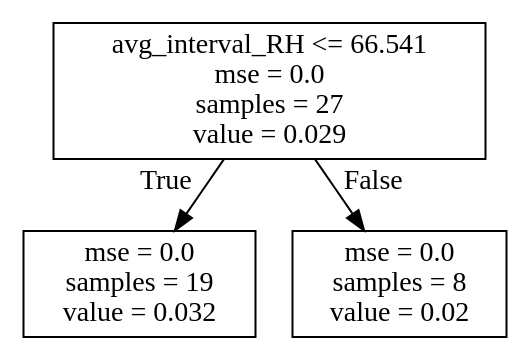
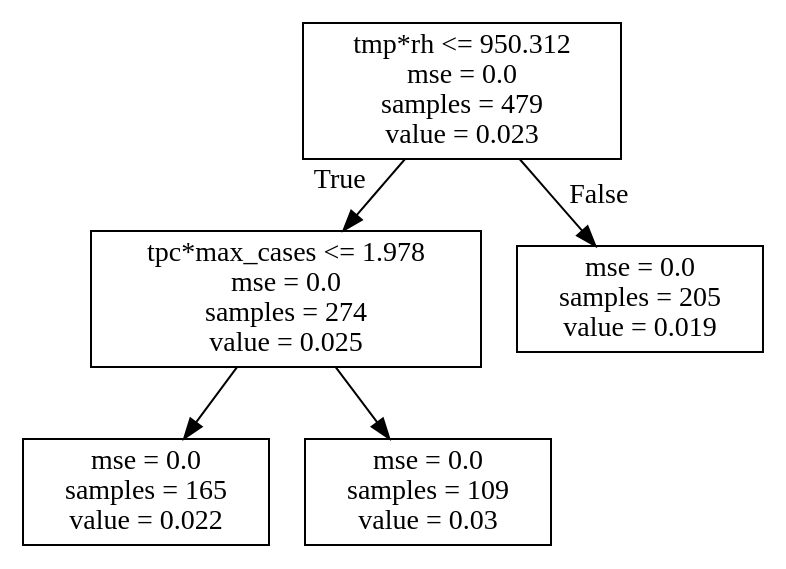
The diagram in products/decision_tree/decision_tree_GF_Q1_run1.dot (hopl1t/covid19), drawn with Graphviz before and after one commit. The commit also changed 42 other files, not shown here.

```diff
--- a/products/decision_tree/decision_tree_GF_Q1_run1.dot
+++ b/products/decision_tree/decision_tree_GF_Q1_run1.dot
@@ -1,8 +1,12 @@
 digraph Tree {
 node [shape=box] ;
-0 [label="avg_interval_RH <= 66.541\nmse = 0.0\nsamples = 27\nvalue = 0.029"] ;
-1 [label="mse = 0.0\nsamples = 19\nvalue = 0.032"] ;
+0 [label="tmp*rh <= 950.312\nmse = 0.0\nsamples = 479\nvalue = 0.023"] ;
+1 [label="tpc*max_cases <= 1.978\nmse = 0.0\nsamples = 274\nvalue = 0.025"] ;
 0 -> 1 [labeldistance=2.5, labelangle=45, headlabel="True"] ;
-2 [label="mse = 0.0\nsamples = 8\nvalue = 0.02"] ;
-0 -> 2 [labeldistance=2.5, labelangle=-45, headlabel="False"] ;
+2 [label="mse = 0.0\nsamples = 165\nvalue = 0.022"] ;
+1 -> 2 ;
+3 [label="mse = 0.0\nsamples = 109\nvalue = 0.03"] ;
+1 -> 3 ;
+4 [label="mse = 0.0\nsamples = 205\nvalue = 0.019"] ;
+0 -> 4 [labeldistance=2.5, labelangle=-45, headlabel="False"] ;
 }
```
